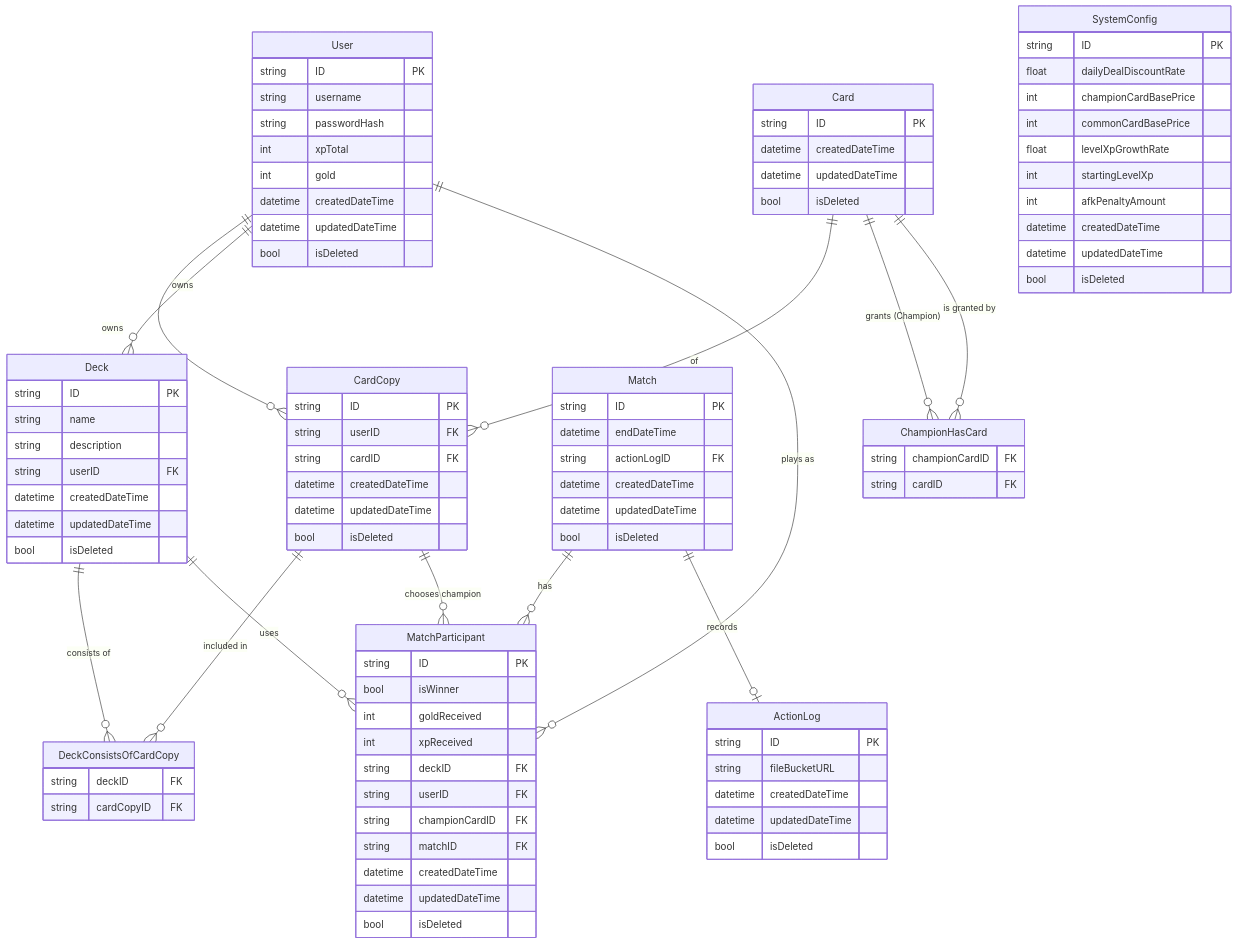
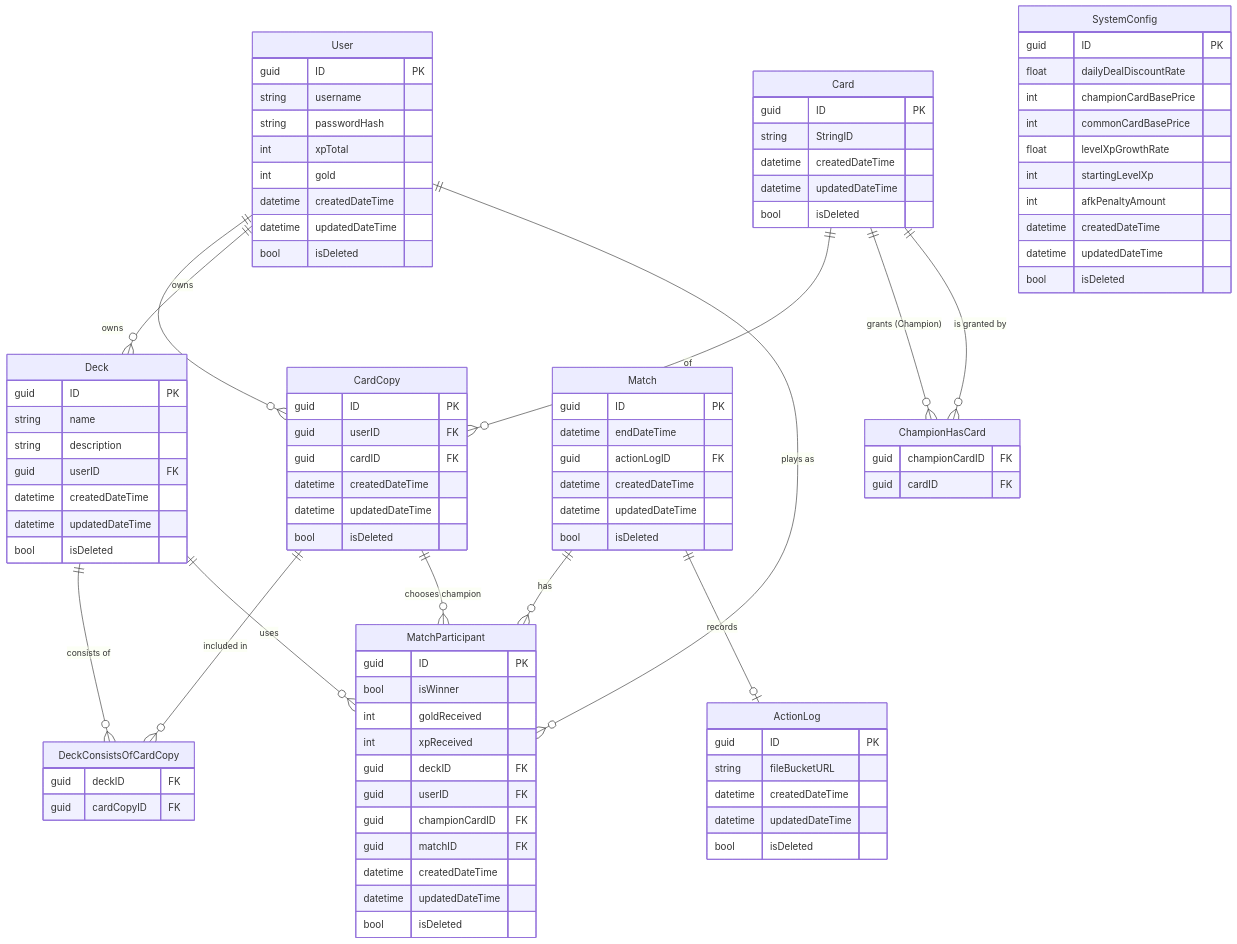
Before and after one commit to SpyBurner/DATN_PrimoraChronicle: the diagram in Assets/_Game/Plans/api_plan.md, drawn with Mermaid. The commit also changed other lines of this file and 27 other files, not shown here.

````diff
--- a/Assets/_Game/Plans/api_plan.md
+++ b/Assets/_Game/Plans/api_plan.md
@@ -9,7 +9,7 @@
 ```mermaid
 erDiagram
     User {
-        string ID PK
+        guid ID PK
         string username
         string passwordHash
         int xpTotal
@@ -19,66 +19,67 @@
         bool isDeleted
     }
     Card {
-        string ID PK
+        guid ID PK
+        string StringID
         datetime createdDateTime
         datetime updatedDateTime
         bool isDeleted
     }
     CardCopy {
-        string ID PK
-        string userID FK
-        string cardID FK
+        guid ID PK
+        guid userID FK
+        guid cardID FK
         datetime createdDateTime
         datetime updatedDateTime
         bool isDeleted
     }
     Deck {
-        string ID PK
+        guid ID PK
         string name
         string description
-        string userID FK
+        guid userID FK
         datetime createdDateTime
         datetime updatedDateTime
         bool isDeleted
     }
     DeckConsistsOfCardCopy {
-        string deckID FK
-        string cardCopyID FK
+        guid deckID FK
+        guid cardCopyID FK
     }
     Match {
-        string ID PK
+        guid ID PK
         datetime endDateTime
-        string actionLogID FK
+        guid actionLogID FK
         datetime createdDateTime
         datetime updatedDateTime
         bool isDeleted
     }
     MatchParticipant {
-        string ID PK
+        guid ID PK
         bool isWinner
         int goldReceived
         int xpReceived
-        string deckID FK
-        string userID FK
-        string championCardID FK
-        string matchID FK
+        guid deckID FK
+        guid userID FK
+        guid championCardID FK
+        guid matchID FK
         datetime createdDateTime
         datetime updatedDateTime
         bool isDeleted
     }
     ActionLog {
-        string ID PK
+        guid ID PK
         string fileBucketURL
         datetime createdDateTime
         datetime updatedDateTime
         bool isDeleted
     }
     ChampionHasCard {
-        string championCardID FK
-        string cardID FK
+        guid championCardID FK
+        guid cardID FK
     }
     SystemConfig {
-        string ID PK
+        guid ID PK
         float dailyDealDiscountRate
         int championCardBasePrice
         int commonCardBasePrice
````
